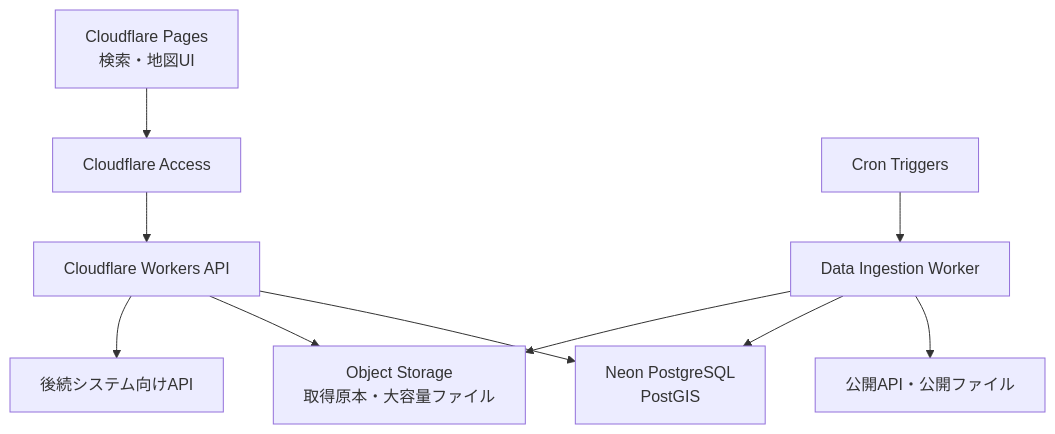
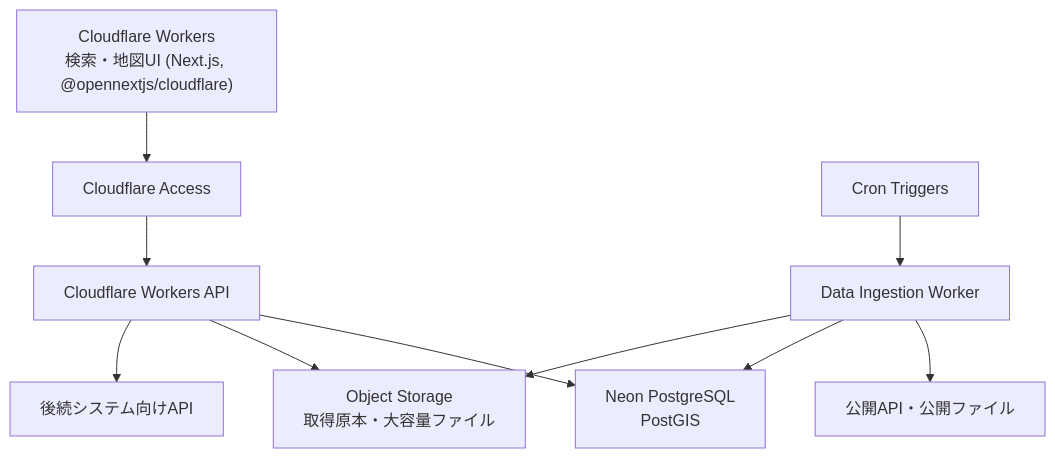
One commit to Kensan196948G/Civil-Open-Data-Intelligence-Platform changed the second of 3 diagrams in docs/03-system-architecture.md. Above: the diagram before and after it, drawn with Mermaid. The commit also changed 2 other files, not shown here.

Commit message:
docs: unify remaining Cloudflare Pages references to Workers
docs/13で確定している「Pages ではなく Workers を採用」という方針
(@opennextjs/cloudflare アダプタ経由)と矛盾する「Cloudflare Pages」
表記がREADME.md/docs/03/docs/16に残存していたため統一。

- README.md: UI技術スタック表・既知制約表
- docs/03-system-architecture.md: 将来本番構成のMermaid図
- docs/16-release-readiness-checklist.md: Known Release Documentation Gaps

docs/runbooks/database-deployment.mdの「Cloudflare Pages/Workers不可」は
PagesとWorkers共通のファイル永続化制約についての一般的技術説明であり
矛盾ではないため対象外。要件定義書は原本文書のためスコープ外。

Claude-Session: https://claude.ai/code/session_01YP4EkYHw53JfYwJVPj2QYh

````diff
--- a/docs/03-system-architecture.md
+++ b/docs/03-system-architecture.md
@@ -30,12 +30,12 @@
 ```mermaid
 flowchart TD
-    A["Cloudflare Pages<br>検索・地図UI"] --> B["Cloudflare Access"]
+    A["Cloudflare Workers<br>検索・地図UI (Next.js, @opennextjs/cloudflare)"] --> B["Cloudflare Access"]
     B --> C["Cloudflare Workers API"]
     C --> D["Neon PostgreSQL<br>PostGIS"]
     C --> E["Object Storage<br>取得原本・大容量ファイル"]
     F["Cron Triggers"] --> G["Data Ingestion Worker"]
     G --> H["公開API・公開ファイル"]
     G --> D
     G --> E
     C --> I["後続システム向けAPI"]
 ```
````
